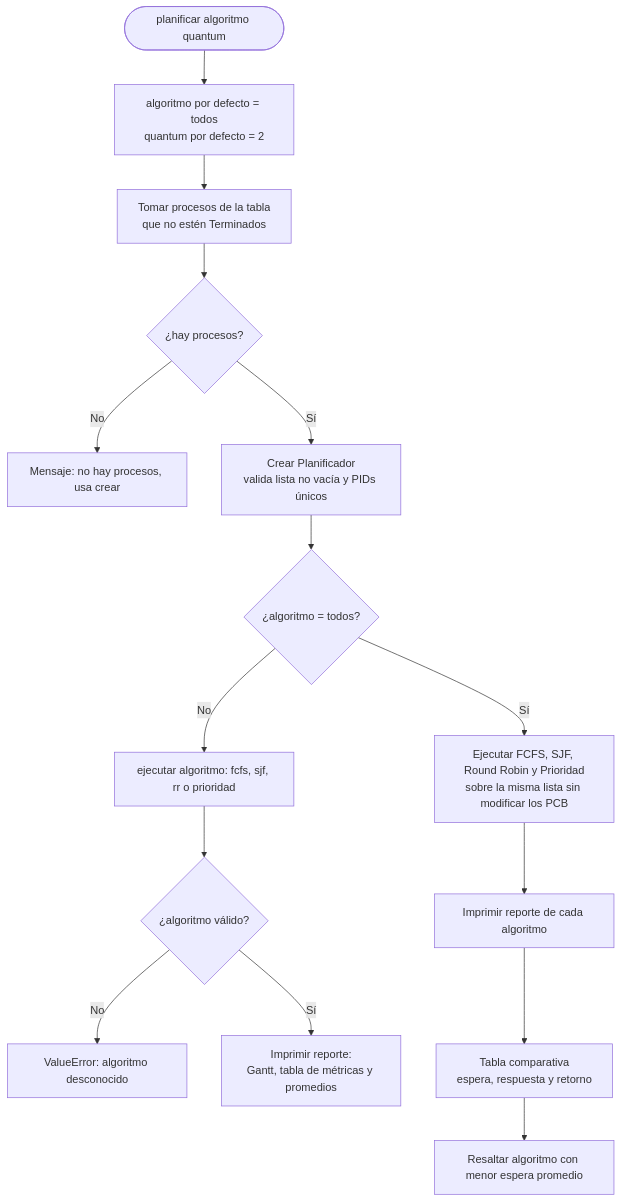
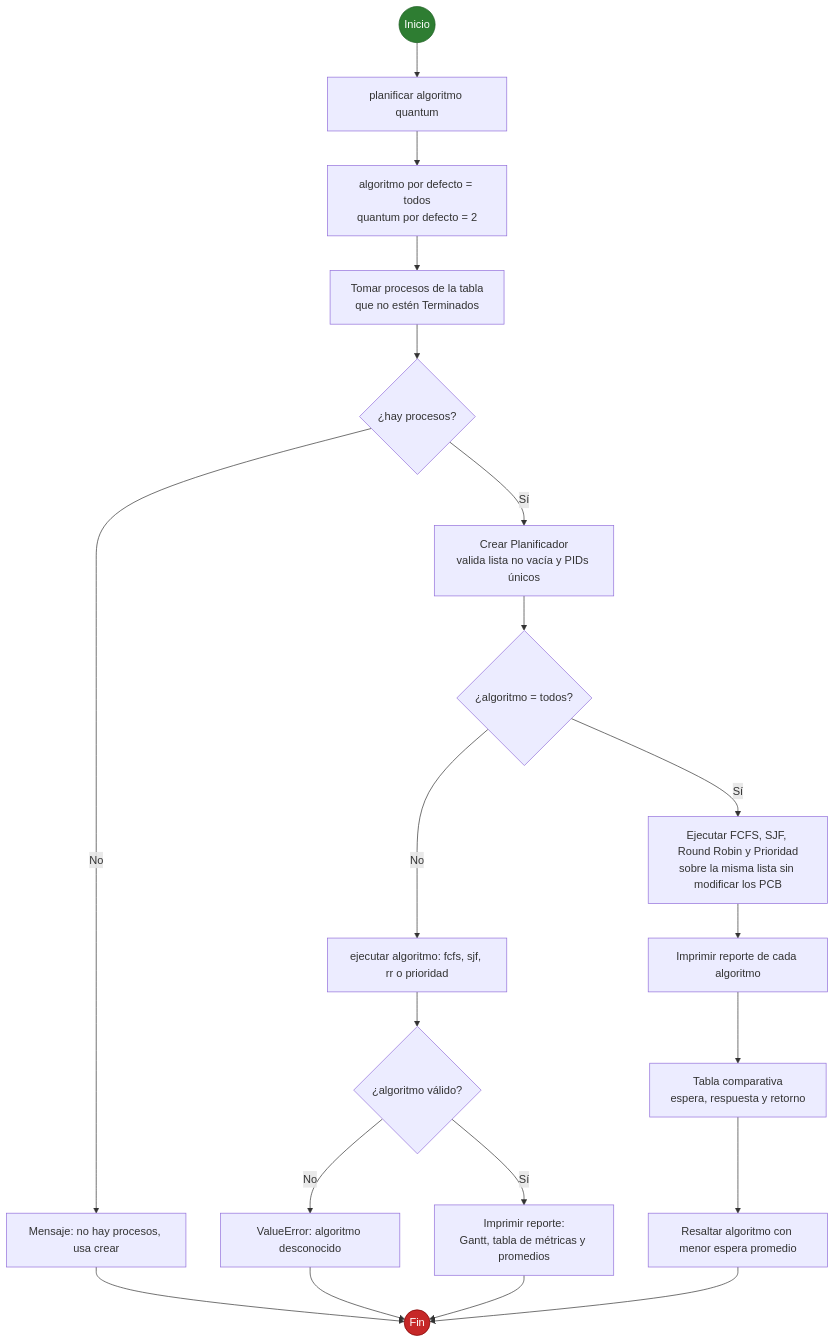
Before and after one commit to mjoacobf/SI421V_SW407V_Proyecto: the diagram in docs/flujogramas/09_comando_planificar_comparativa.mmd, drawn with Mermaid. The commit also changed 24 other files, not shown here.

```diff
--- a/docs/flujogramas/09_comando_planificar_comparativa.mmd
+++ b/docs/flujogramas/09_comando_planificar_comparativa.mmd
@@ -1,15 +1,26 @@
 flowchart TD
-    A(["planificar algoritmo quantum"]) --> B["algoritmo por defecto = todos<br/>quantum por defecto = 2"]
+    INI(("Inicio")) --> A["planificar algoritmo quantum"]
+    A --> B["algoritmo por defecto = todos<br/>quantum por defecto = 2"]
     B --> C["Tomar procesos de la tabla<br/>que no estén Terminados"]
     C --> D{"¿hay procesos?"}
     D -- "No" --> DE["Mensaje: no hay procesos, usa crear"]
     D -- "Sí" --> E["Crear Planificador<br/>valida lista no vacía y PIDs únicos"]
     E --> F{"¿algoritmo = todos?"}
     F -- "No" --> G["ejecutar algoritmo: fcfs, sjf, rr o prioridad"]
     G --> H{"¿algoritmo válido?"}
     H -- "No" --> HE["ValueError: algoritmo desconocido"]
     H -- "Sí" --> I["Imprimir reporte:<br/>Gantt, tabla de métricas y promedios"]
     F -- "Sí" --> J["Ejecutar FCFS, SJF, Round Robin y Prioridad<br/>sobre la misma lista sin modificar los PCB"]
     J --> K["Imprimir reporte de cada algoritmo"]
     K --> L["Tabla comparativa<br/>espera, respuesta y retorno"]
     L --> M["Resaltar algoritmo con menor espera promedio"]
+    FIN(("Fin"))
+    DE --> FIN
+    HE --> FIN
+    I --> FIN
+    M --> FIN
+
+    classDef inicio fill:#2e7d32,stroke:#1b5e20,color:#ffffff
+    classDef fin fill:#c62828,stroke:#7f0000,color:#ffffff
+    class INI inicio
+    class FIN fin
```
